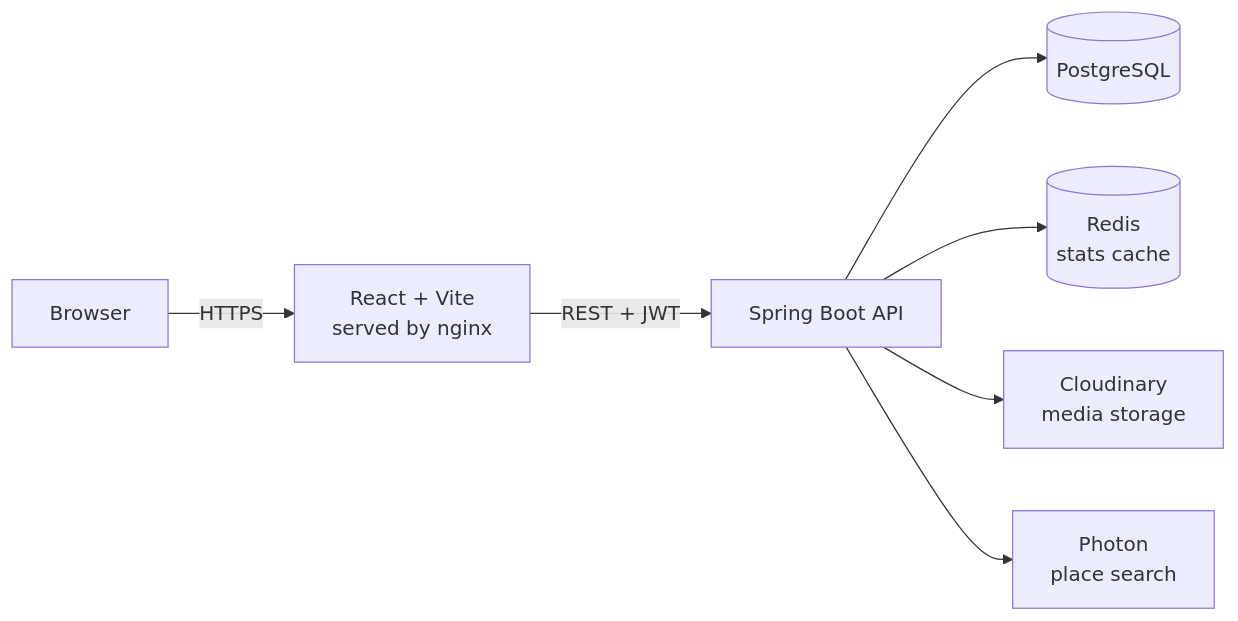
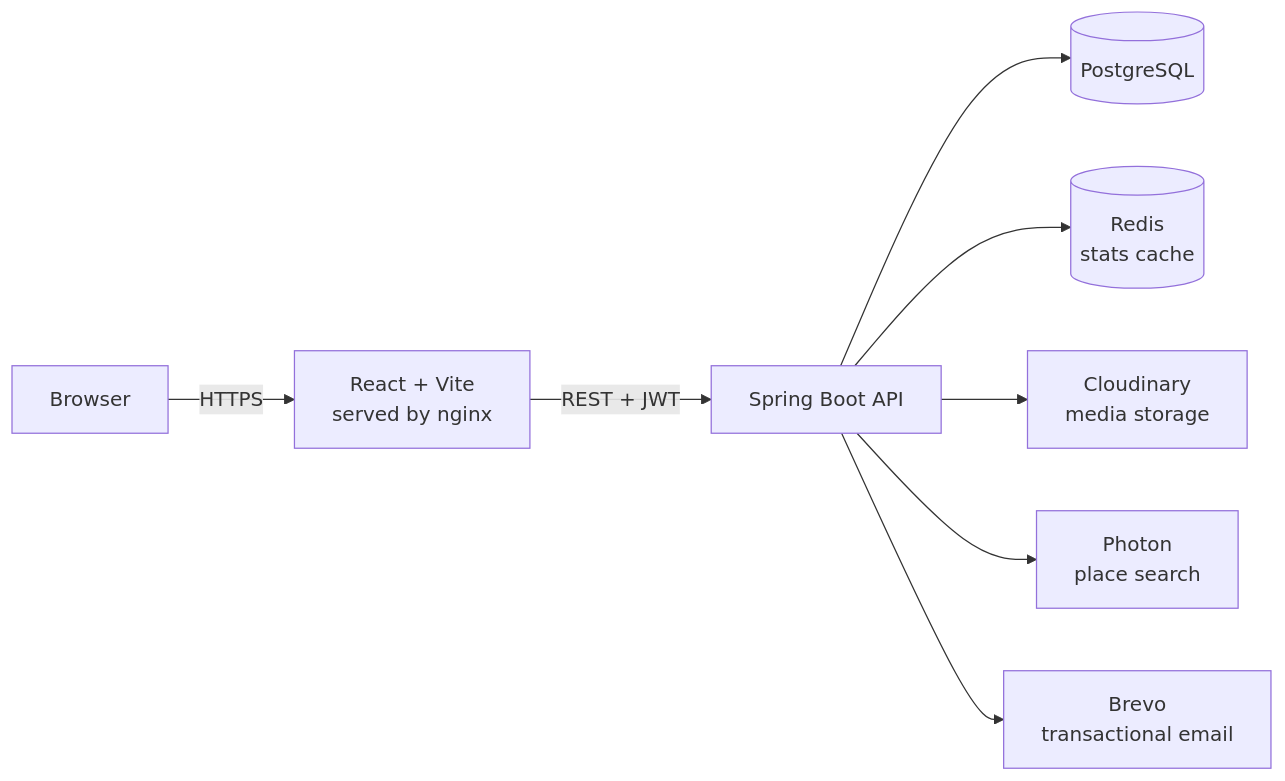
The diagram in README.md (Caicai-Jin/memorymap), drawn with Mermaid before and after one commit. The commit also changed other lines of this file and 22 other files, not shown here.

````diff
--- a/README.md
+++ b/README.md
@@ -29,9 +29,10 @@
 ```mermaid
 flowchart LR
     Browser -->|HTTPS| Frontend[React + Vite<br/>served by nginx]
     Frontend -->|REST + JWT| Backend[Spring Boot API]
     Backend --> Postgres[(PostgreSQL)]
     Backend --> Redis[(Redis<br/>stats cache)]
     Backend --> Cloudinary[Cloudinary<br/>media storage]
     Backend --> Photon[Photon<br/>place search]
+    Backend --> Brevo[Brevo<br/>transactional email]
 ```
````
